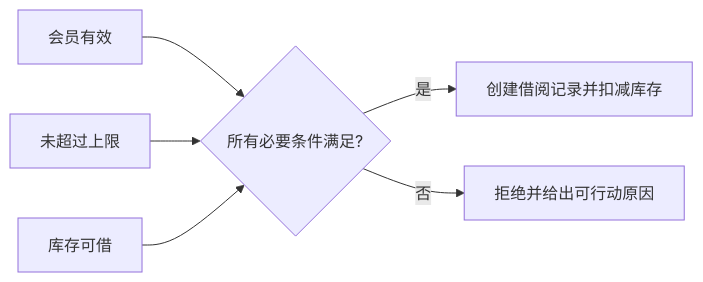
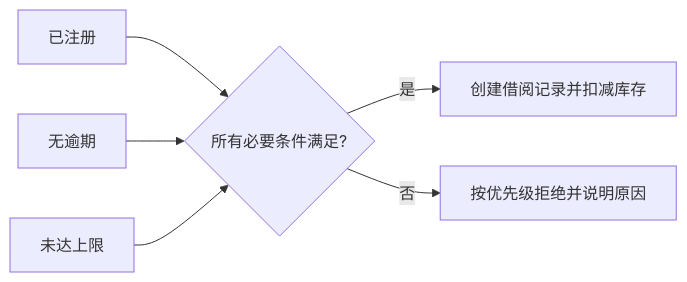
Before and after one commit to koco-co/hexo-blog: the diagram in source/_posts/learn-topic/testing-basics/测试基础(八)规则组合与判定测试.md, drawn with Mermaid. The commit also changed other lines of this file and 100 other files, not shown here.

```diff
--- a/source/_posts/learn-topic/testing-basics/测试基础(八)规则组合与判定测试.md
+++ b/source/_posts/learn-topic/testing-basics/测试基础(八)规则组合与判定测试.md
@@ -40,8 +46,8 @@
 {% mermaid %}
 flowchart LR
-  A[会员有效] --> D{所有必要条件满足?}
-  B[未超过上限] --> D
-  C[库存可借] --> D
+  A[已注册] --> D{所有必要条件满足?}
+  B[无逾期] --> D
+  C[未达上限] --> D
   D -->|是| E[创建借阅记录并扣减库存]
-  D -->|否| F[拒绝并给出可行动原因]
+  D -->|否| F[按优先级拒绝并说明原因]
 {% endmermaid %}
```
